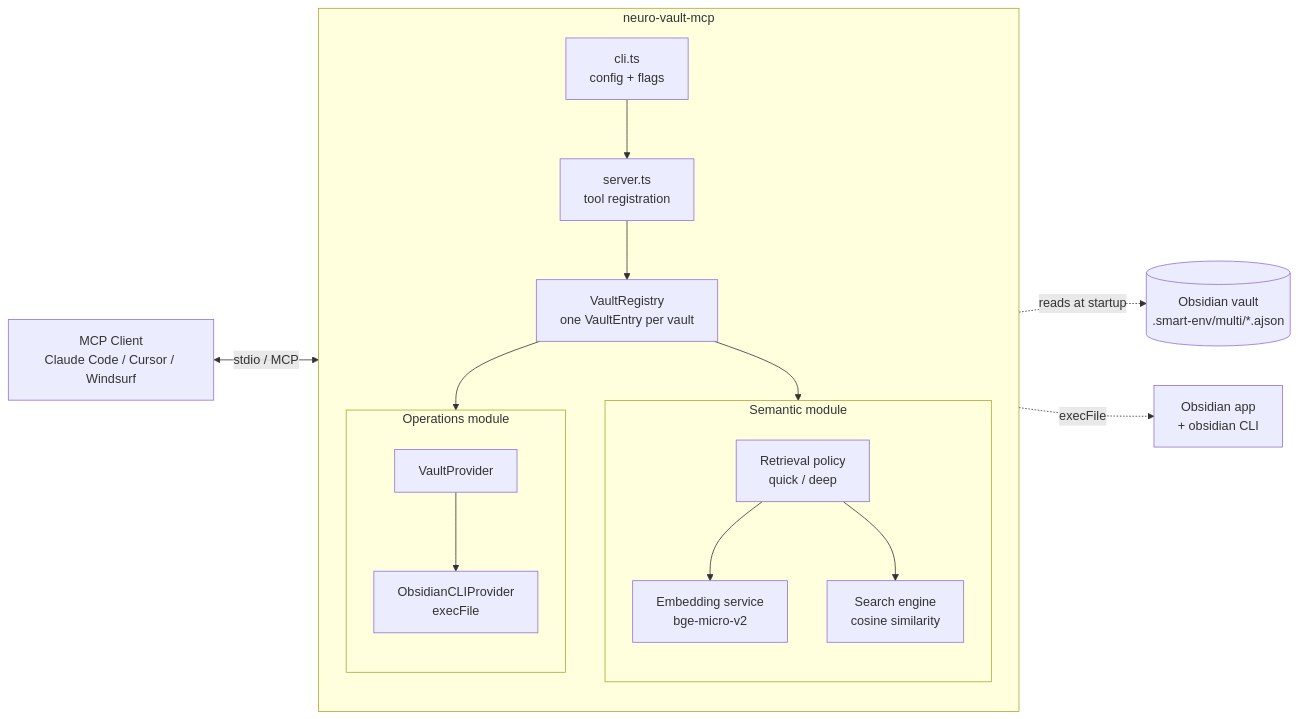
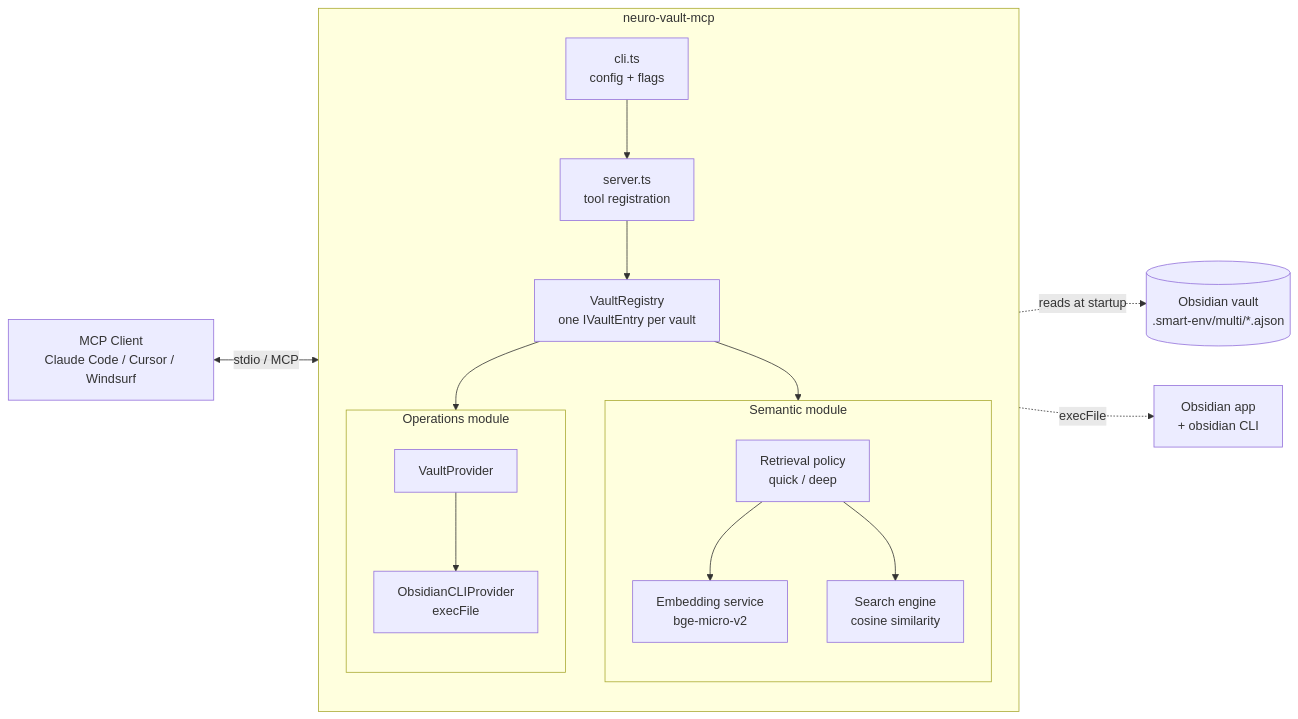
The diagram in docs/architecture/module-structure.md (AlexMost/neuro-vault), drawn with Mermaid before and after one commit. The commit also changed other lines of this file and 41 other files, not shown here.

````diff
--- a/docs/architecture/module-structure.md
+++ b/docs/architecture/module-structure.md
@@ -52,33 +52,33 @@
 ```mermaid
 flowchart LR
     Client[MCP Client<br/>Claude Code / Cursor / Windsurf]
     subgraph Server[neuro-vault-mcp]
         direction TB
         CLI[cli.ts<br/>config + flags]
         Core[server.ts<br/>tool registration]
-        Registry[VaultRegistry<br/>one VaultEntry per vault]
+        Registry[VaultRegistry<br/>one IVaultEntry per vault]
         subgraph Semantic[Semantic module]
             direction TB
             Retrieval[Retrieval policy<br/>quick / deep]
             Embed[Embedding service<br/>bge-micro-v2]
             Search[Search engine<br/>cosine similarity]
         end
         subgraph Operations[Operations module]
             direction TB
             Provider[VaultProvider]
             CLIProv[ObsidianCLIProvider<br/>execFile]
         end
         CLI --> Core
         Core --> Registry
         Registry --> Semantic
         Registry --> Operations
         Retrieval --> Embed
         Retrieval --> Search
         Provider --> CLIProv
     end
     Vault[(Obsidian vault<br/>.smart-env/multi/*.ajson)]
     Obs[Obsidian app<br/>+ obsidian CLI]
     Client <-->|stdio / MCP| Core
     Search -. reads at startup .-> Vault
     CLIProv -. execFile .-> Obs
 ```
````
